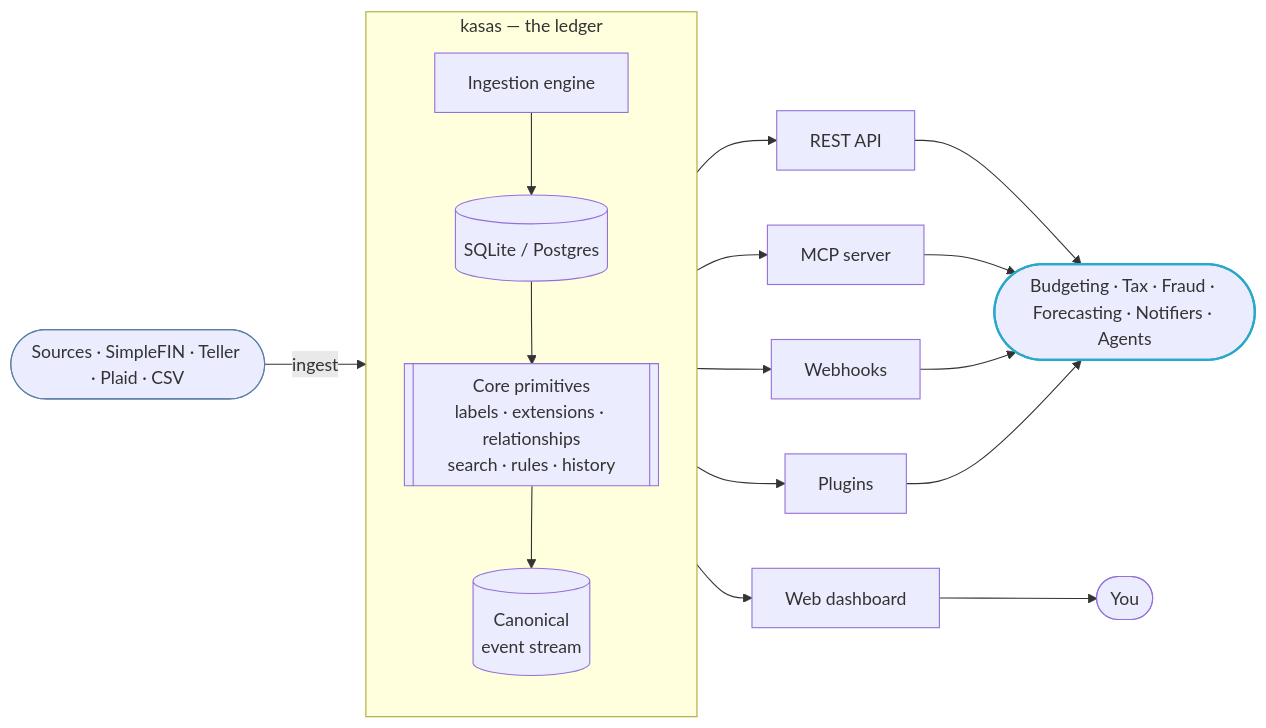
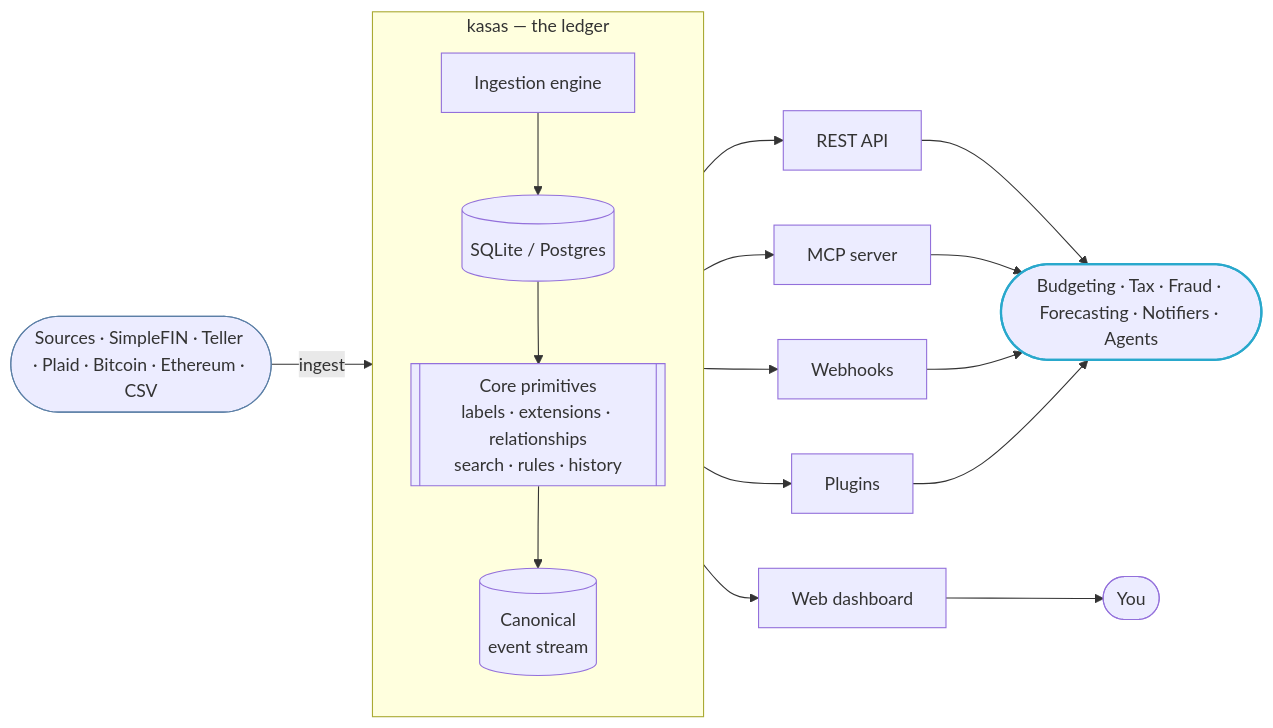
The diagram in docs/index.md (paulmeier/kasas), drawn with Mermaid before and after one commit. The commit also changed other lines of this file and 20 other files, not shown here.

First line of the commit message:
feat: add Bitcoin and Ethereum address-watching sources (#82)

````diff
--- a/docs/index.md
+++ b/docs/index.md
@@ -40,32 +41,32 @@
 ```mermaid
 flowchart LR
-    SRC([Sources · SimpleFIN · Teller · Plaid · CSV]):::ext
+    SRC([Sources · SimpleFIN · Teller · Plaid · Bitcoin · Ethereum · CSV]):::ext
 
     subgraph K["kasas — the ledger"]
         direction TB
         SYNC[Ingestion engine]
         DB[(SQLite / Postgres)]
         CORE[["Core primitives<br/>labels · extensions · relationships<br/>search · rules · history"]]
         EV[(Canonical<br/>event stream)]
         SYNC --> DB --> CORE --> EV
     end
 
     SRC -->|ingest| SYNC
 
     K --> REST[REST API]
     K --> MCP[MCP server]
     K --> DASH[Web dashboard]
     EV --> WH[Webhooks]
     EV --> PL[Plugins]
 
     REST --> APPS
     MCP --> APPS
     DASH --> USER([You])
     WH --> APPS
     PL --> APPS
 
     APPS([Budgeting · Tax · Fraud · Forecasting · Notifiers · Agents]):::apps
 
     classDef ext stroke:#5b7fa6,stroke-width:1px;
     classDef apps stroke:#29a8cc,stroke-width:2px;
 ```
````
